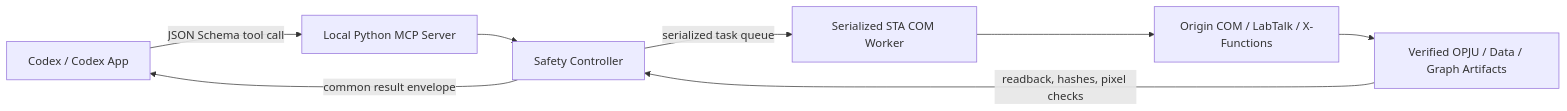
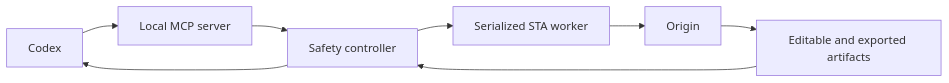
The diagram in README.md (Monika-shipship/origin-com-automation), drawn with Mermaid before and after one commit. The commit also changed other lines of this file and 4 other files, not shown here.

````diff
--- a/README.md
+++ b/README.md
@@ -240,10 +164,10 @@
 ```mermaid
 flowchart LR
-    Codex["Codex / Codex App"] -->|JSON Schema tool call| MCP["Local Python MCP Server"]
-    MCP --> Controller["Safety Controller"]
-    Controller -->|serialized task queue| STA["Serialized STA COM Worker"]
-    STA --> Origin["Origin COM / LabTalk / X-Functions"]
-    Origin --> Artifacts["Verified OPJU / Data / Graph Artifacts"]
-    Artifacts -->|readback, hashes, pixel checks| Controller
-    Controller -->|common result envelope| Codex
+    Codex["Codex"] --> MCP["Local MCP server"]
+    MCP --> Controller["Safety controller"]
+    Controller --> STA["Serialized STA worker"]
+    STA --> Origin["Origin"]
+    Origin --> Artifacts["Editable and exported artifacts"]
+    Artifacts --> Controller
+    Controller --> Codex
 ```
````
